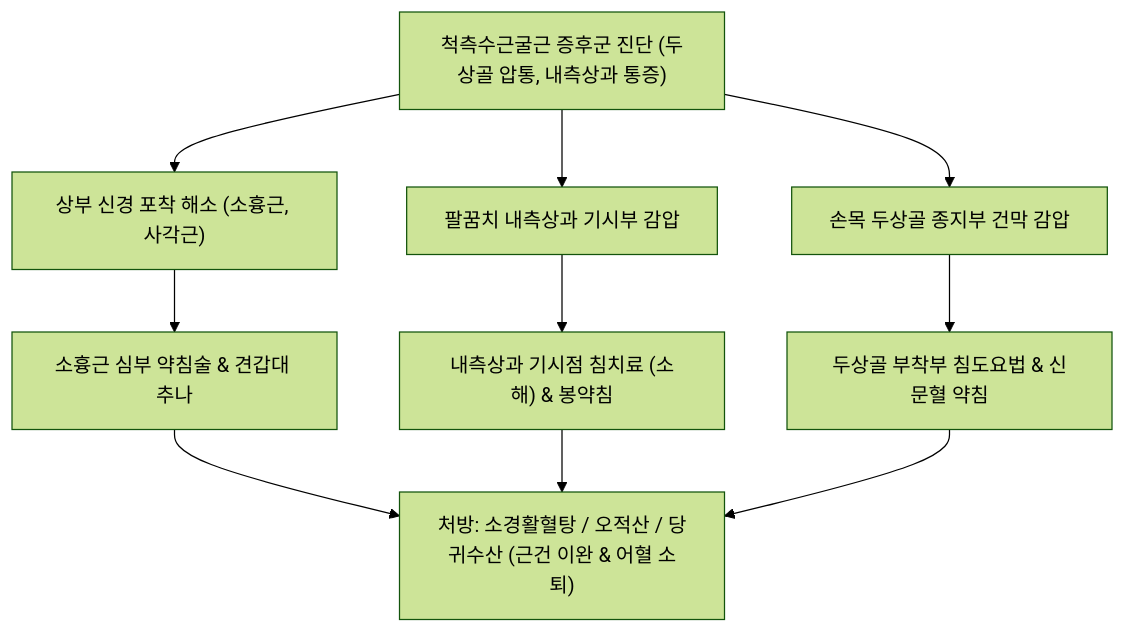
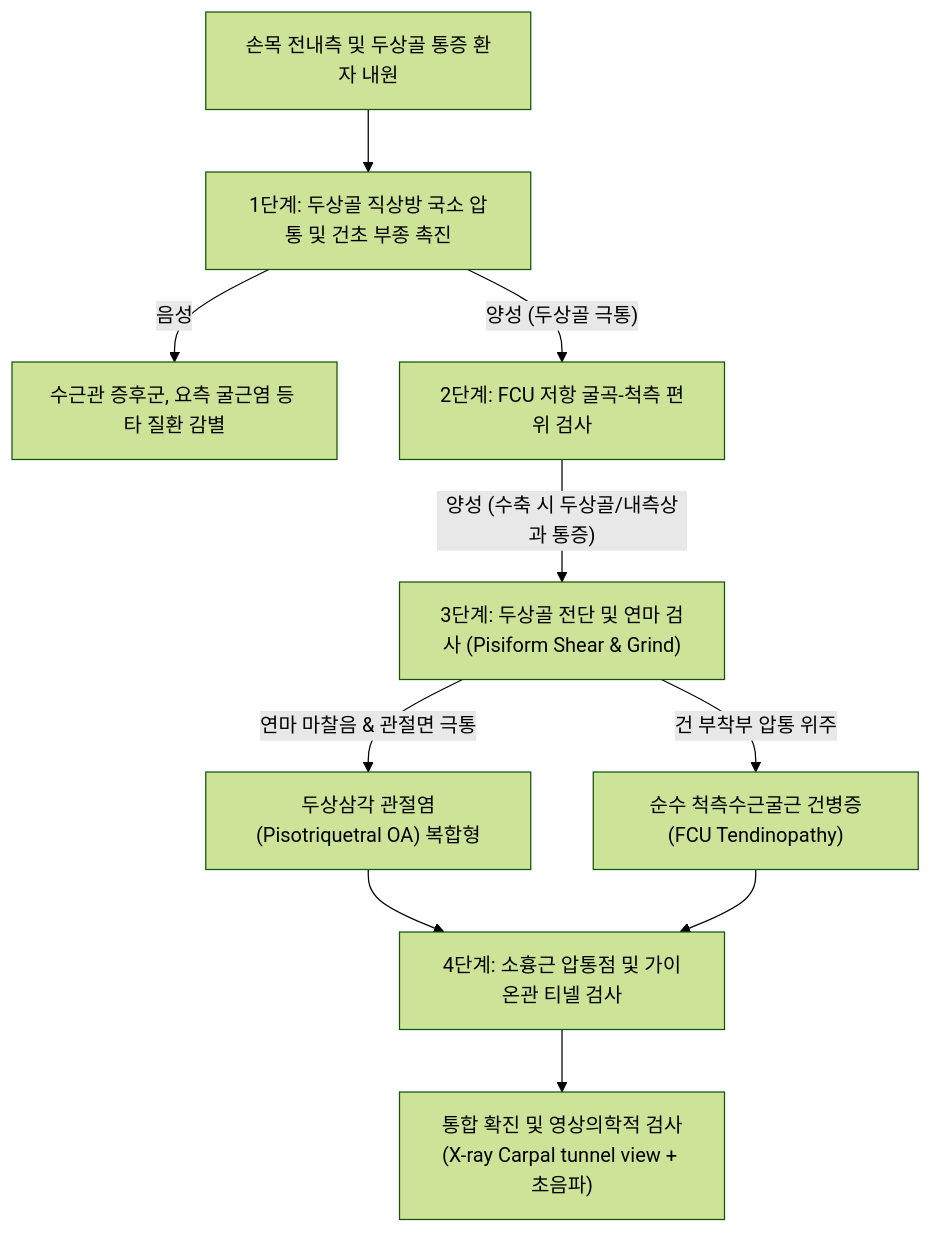
The second of 2 diagrams in content/3. 이론 공부/질환/근골격계 질환/상지/척측수근굴근 증후군.md (simbio11/simbio-digital-garden2), drawn with Mermaid (forest theme) before and after one commit. The commit also changed other lines of this file and 350 other files, not shown here.

````diff
--- a/content/3. 이론 공부/질환/근골격계 질환/상지/척측수근굴근 증후군.md
+++ b/content/3. 이론 공부/질환/근골격계 질환/상지/척측수근굴근 증후군.md
@@ -149,12 +172,13 @@
 ```mermaid
 graph TD
-    A["척측수근굴근 증후군 진단 (두상골 압통, 내측상과 통증)"] --> B["상부 신경 포착 해소 (소흉근, 사각근)"]
-    A --> C["팔꿈치 내측상과 기시부 감압"]
-    A --> D["손목 두상골 종지부 건막 감압"]
-
-    B --> E["소흉근 심부 약침술 & 견갑대 추나"]
-    C --> F["내측상과 기시점 침치료 (소해) & 봉약침"]
-    D --> G["두상골 부착부 침도요법 & 신문혈 약침"]
-
-    E & F & G --> H["처방: 소경활혈탕 / 오적산 / 당귀수산 (근건 이완 & 어혈 소퇴)"]
+    Start["손목 전내측 및 두상골 통증 환자 내원"] --> Step1["1단계: 두상골 직상방 국소 압통 및 건초 부종 촉진"]
+    Step1 -- "음성" --> Alt["수근관 증후군, 요측 굴근염 등 타 질환 감별"]
+    Step1 -- "양성 (두상골 극통)" --> Step2["2단계: FCU 저항 굴곡-척측 편위 검사"]
+    
+    Step2 -- "양성 (수축 시 두상골/내측상과 통증)" --> Step3["3단계: 두상골 전단 및 연마 검사 (Pisiform Shear & Grind)"]
+    Step3 -- "연마 마찰음 & 관절면 극통" --> PathA["두상삼각 관절염(Pisotriquetral OA) 복합형"]
+    Step3 -- "건 부착부 압통 위주" --> PathB["순수 척측수근굴근 건병증(FCU Tendinopathy)"]
+    
+    PathA & PathB --> Step4["4단계: 소흉근 압통점 및 가이온관 티넬 검사"]
+    Step4 --> Final["통합 확진 및 영상의학적 검사(X-ray Carpal tunnel view + 초음파)"]
 ```
````
